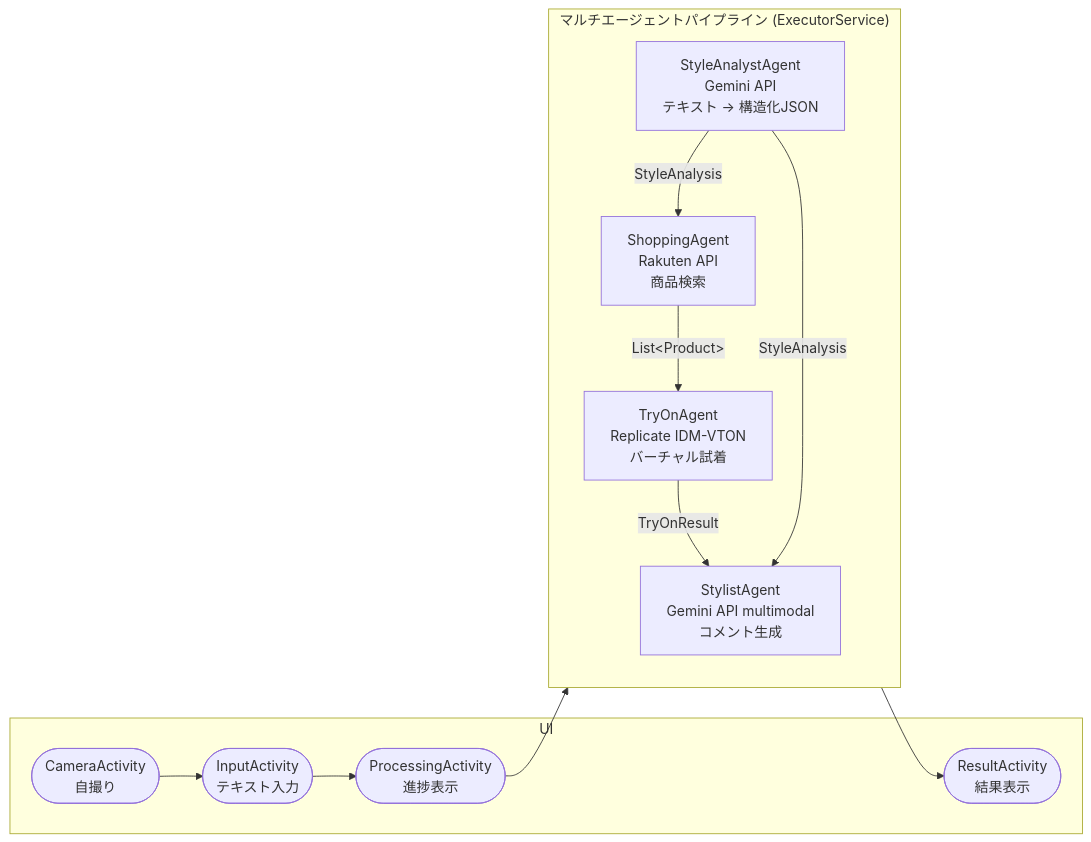
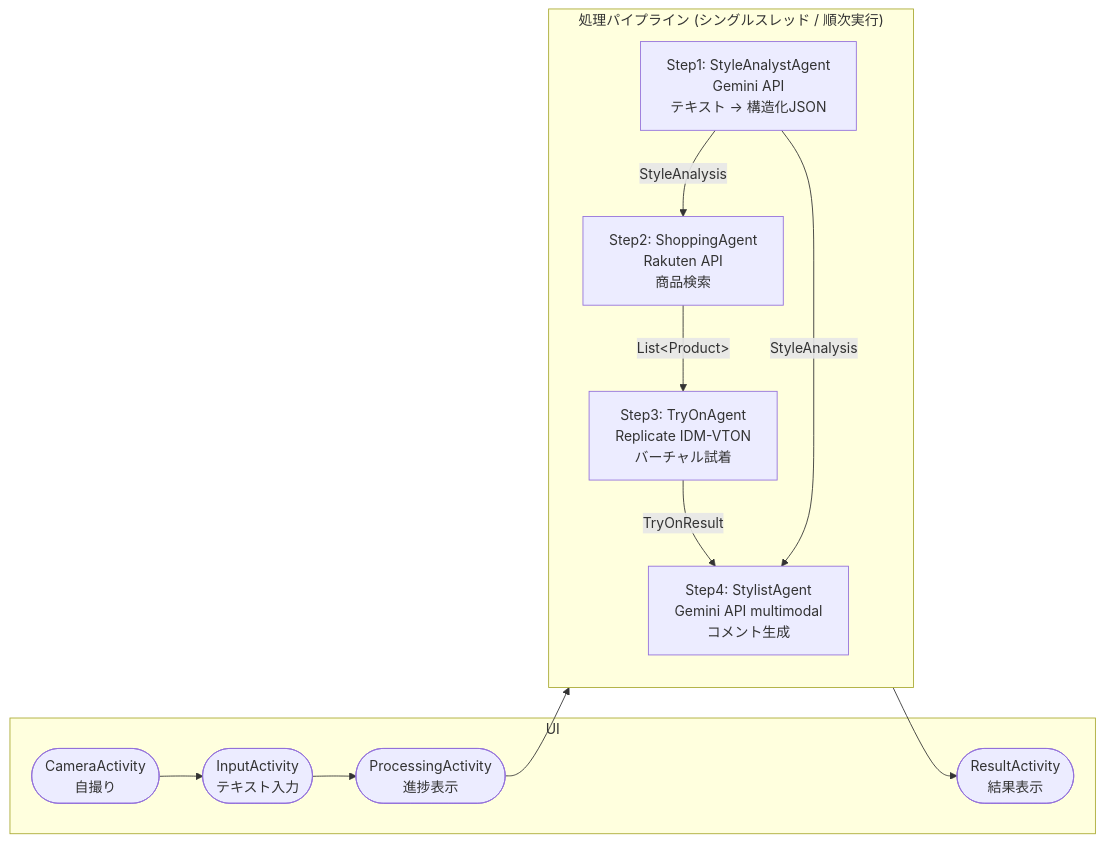
One commit to HexagonMD/Visual-Fit changed the diagram in README.md. Above: the diagram before and after it, drawn with Mermaid. The commit also changed other lines of this file and 1 other file, not shown here.

Commit message:
Fix README: replace multi-agent wording with accurate sequential pipeline description

````diff
--- a/README.md
+++ b/README.md
@@ -82,24 +82,24 @@
 ```mermaid
 flowchart LR
     subgraph UI
         A([CameraActivity\n自撮り]) --> B([InputActivity\nテキスト入力])
         B --> C([ProcessingActivity\n進捗表示])
         R([ResultActivity\n結果表示])
     end
 
-    subgraph Pipeline["マルチエージェントパイプライン (ExecutorService)"]
+    subgraph Pipeline["処理パイプライン (シングルスレッド / 順次実行)"]
         direction TB
-        SA["StyleAnalystAgent\nGemini API\nテキスト → 構造化JSON"]
-        SH["ShoppingAgent\nRakuten API\n商品検索"]
-        TO["TryOnAgent\nReplicate IDM-VTON\nバーチャル試着"]
-        ST["StylistAgent\nGemini API multimodal\nコメント生成"]
+        SA["Step1: StyleAnalystAgent\nGemini API\nテキスト → 構造化JSON"]
+        SH["Step2: ShoppingAgent\nRakuten API\n商品検索"]
+        TO["Step3: TryOnAgent\nReplicate IDM-VTON\nバーチャル試着"]
+        ST["Step4: StylistAgent\nGemini API multimodal\nコメント生成"]
 
         SA -->|StyleAnalysis| SH
         SH -->|List&lt;Product&gt;| TO
         TO -->|TryOnResult| ST
         SA -->|StyleAnalysis| ST
     end
 
     C --> SA
     ST --> R
 ```
````
